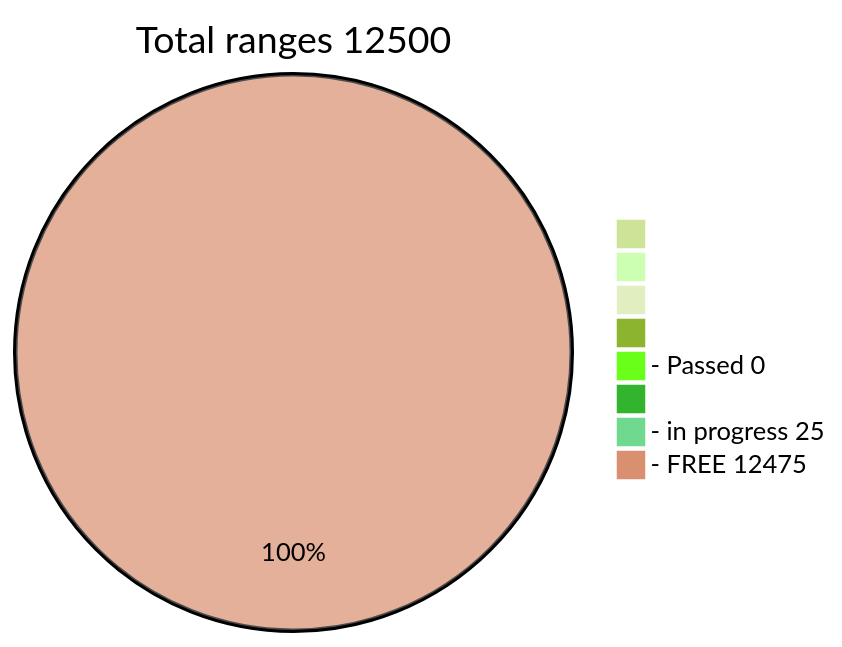
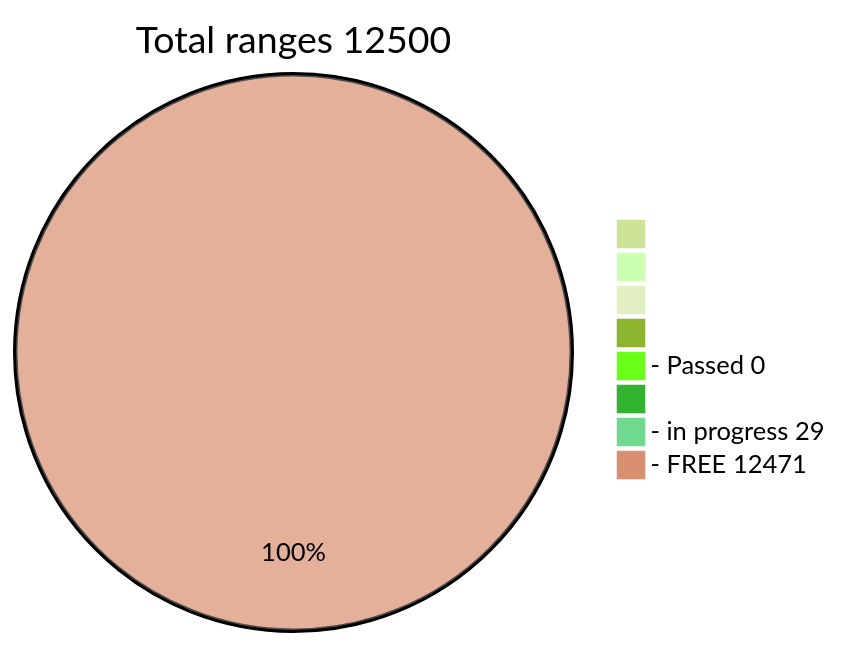
Before and after one commit to phrutis/Passphrases: the diagram in README.md, drawn with Mermaid (forest theme).

````diff
--- a/README.md
+++ b/README.md
@@ -3,12 +3,12 @@
 ```mermaid
 pie title Total ranges 12500
              " " : 0
             "  " : 0
            "   " : 0
           "    " : 0
   "- Passed 0" : 0
          "     " : 0
-  "- in progress 25" : 25
-   "- FREE 12475" : 12475
+  "- in progress 29" : 29
+   "- FREE 12471" : 12471
    
 ```
````
